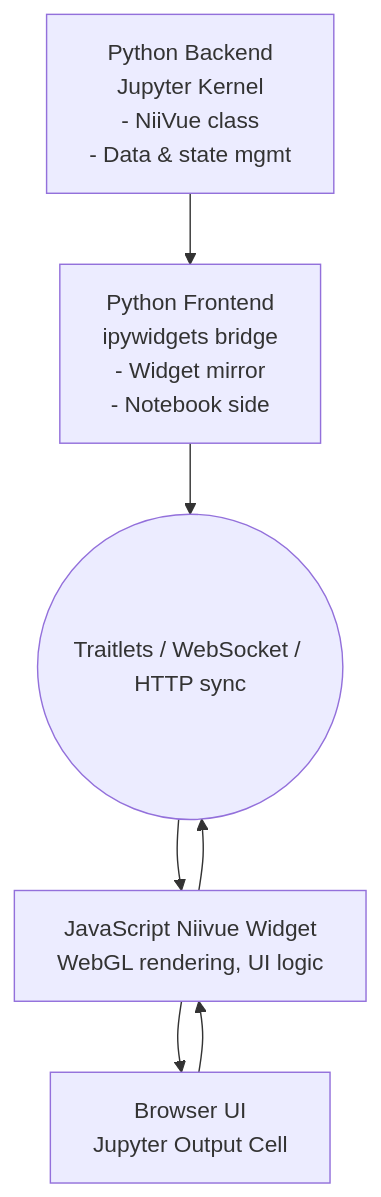
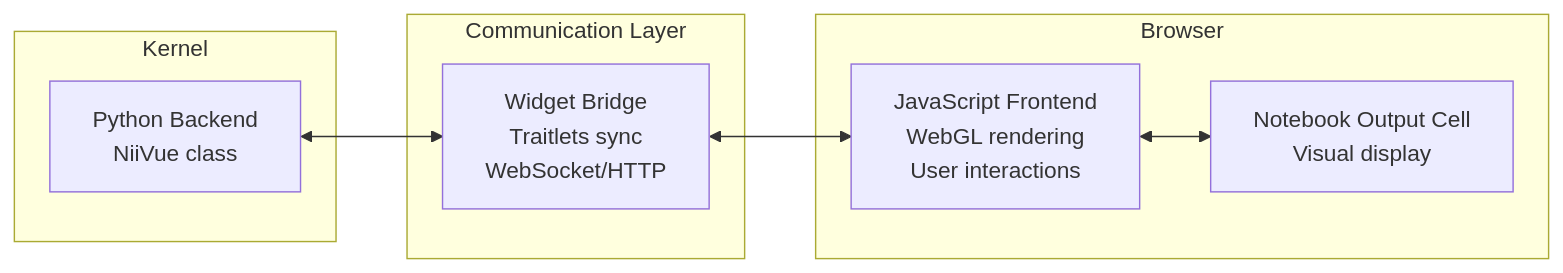
One commit to niivue/ipyniivue changed the diagram in docs/source/architecture.md. Above: the diagram before and after it, drawn with Mermaid. The commit also changed other lines of this file, not shown here.

````diff
--- a/docs/source/architecture.md
+++ b/docs/source/architecture.md
@@ -40,11 +39,19 @@
 ```{mermaid}
-flowchart TD
-    A[Python Backend<br>Jupyter Kernel<br>- NiiVue class<br>- Data & state mgmt] 
-        --> B[Python Frontend<br>ipywidgets bridge<br>- Widget mirror<br>- Notebook side]
-    B --> C((Traitlets / WebSocket / HTTP sync))
-    C --> D[JavaScript Niivue Widget<br>WebGL rendering, UI logic]
-    D --> E[Browser UI<br>Jupyter Output Cell]
-    E --> D
-    D --> C
-
+flowchart LR
+    subgraph "Kernel"
+        A[Python Backend<br/>NiiVue class]
+    end
+    
+    subgraph "Communication Layer"
+        B[Widget Bridge<br/>Traitlets sync<br/>WebSocket/HTTP]
+    end
+    
+    subgraph "Browser"
+        C[JavaScript Frontend<br/>WebGL rendering<br/>User interactions]
+        D[Notebook Output Cell<br/>Visual display]
+    end
+    
+    A <--> B
+    B <--> C
+    C <--> D
 ```
````
